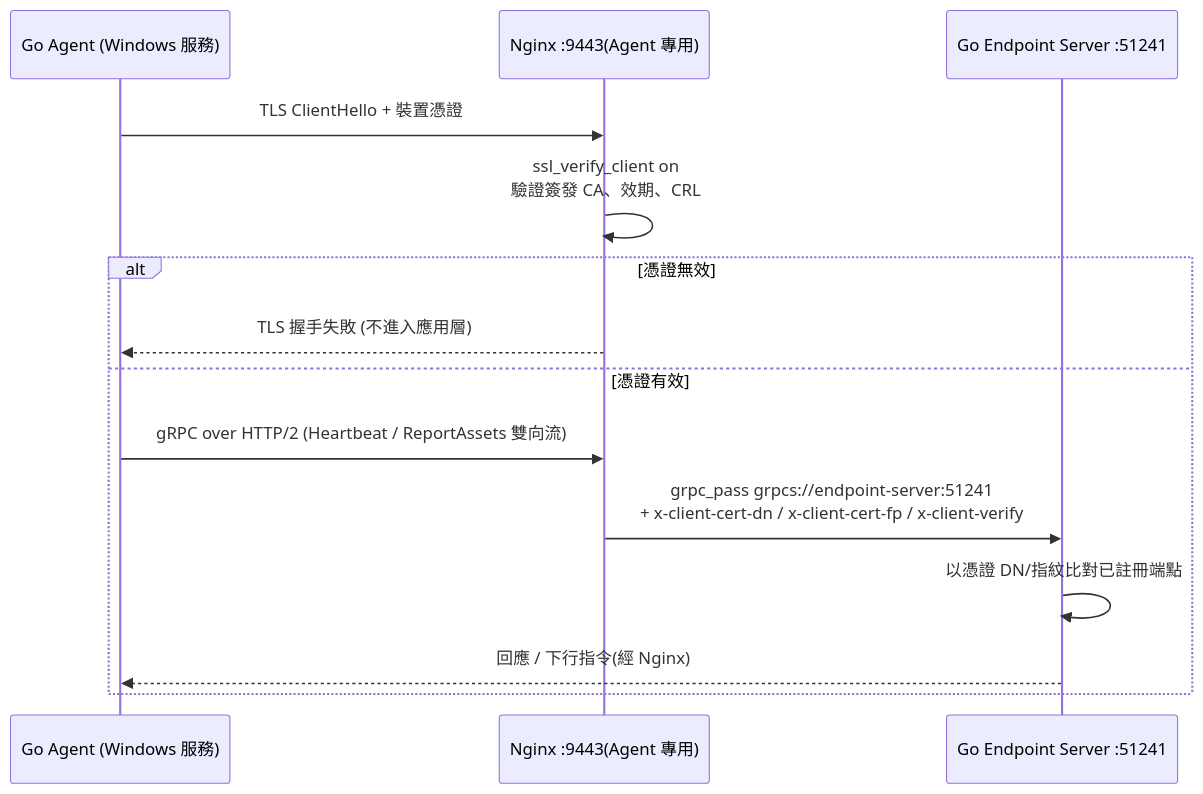
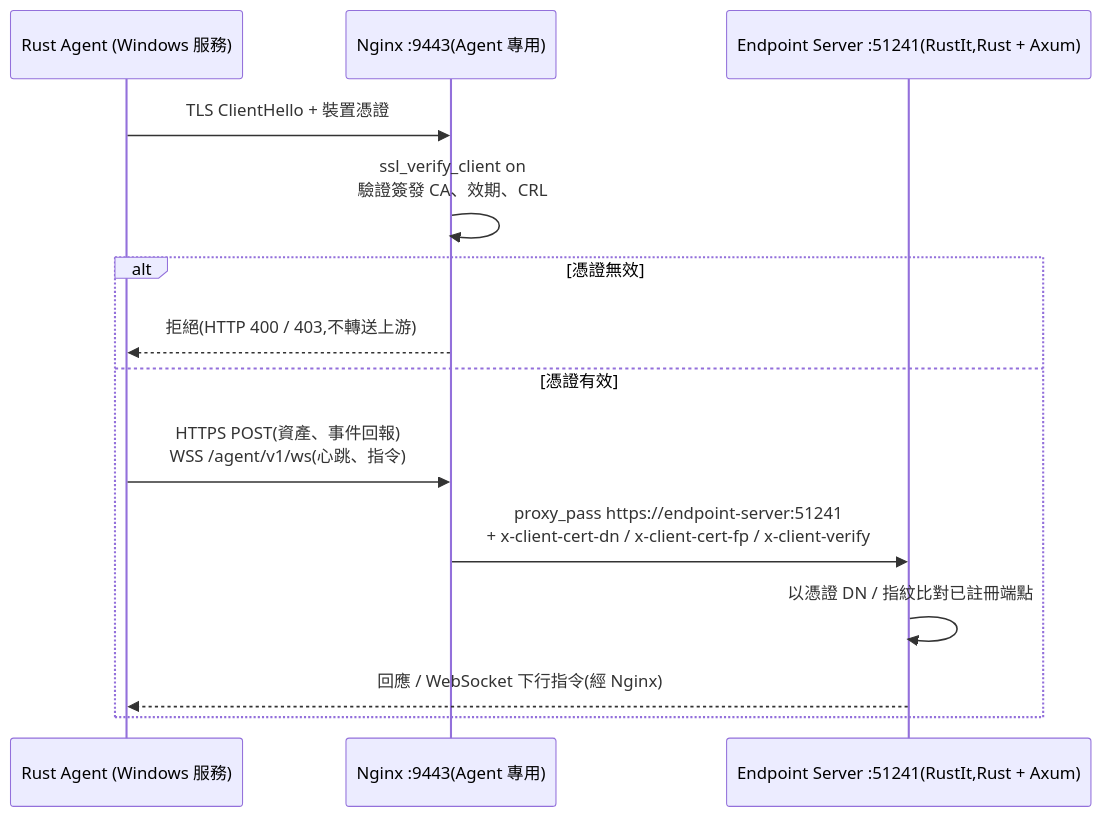
The first of 7 diagrams in docs/PRD.md (WeiWeicode/giga-api-gateway-bff), drawn with Mermaid before and after one commit. The commit also changed other lines of this file and 15 other files, not shown here.

First line of the commit message:
docs: Agent 改 Rust + WebSocket、時程以甘特圖為準(PRD v0.9)

````diff
--- a/docs/PRD.md
+++ b/docs/PRD.md
@@ -197,16 +200,16 @@
 ```mermaid
 sequenceDiagram
-    participant AG as Go Agent (Windows 服務)
+    participant AG as Rust Agent (Windows 服務)
     participant NX as Nginx :9443(Agent 專用)
-    participant EP as Go Endpoint Server :51241
+    participant EP as Endpoint Server :51241(RustIt,Rust + Axum)
     AG->>NX: TLS ClientHello + 裝置憑證
     NX->>NX: ssl_verify_client on<br/>驗證簽發 CA、效期、CRL
     alt 憑證無效
-        NX-->>AG: TLS 握手失敗 (不進入應用層)
+        NX-->>AG: 拒絕(HTTP 400 / 403,不轉送上游)
     else 憑證有效
-        AG->>NX: gRPC over HTTP/2 (Heartbeat / ReportAssets 雙向流)
-        NX->>EP: grpc_pass grpcs://endpoint-server:51241<br/>+ x-client-cert-dn / x-client-cert-fp / x-client-verify
-        EP->>EP: 以憑證 DN/指紋比對已註冊端點
-        EP-->>AG: 回應 / 下行指令(經 Nginx)
+        AG->>NX: HTTPS POST(資產、事件回報)<br/>WSS /agent/v1/ws(心跳、指令)
+        NX->>EP: proxy_pass https://endpoint-server:51241<br/>+ x-client-cert-dn / x-client-cert-fp / x-client-verify
+        EP->>EP: 以憑證 DN / 指紋比對已註冊端點
+        EP-->>AG: 回應 / WebSocket 下行指令(經 Nginx)
     end
 ```
````
